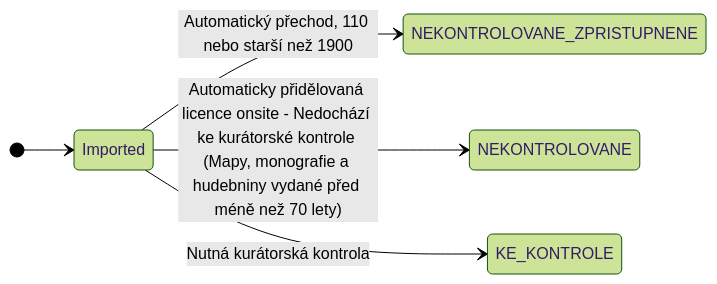
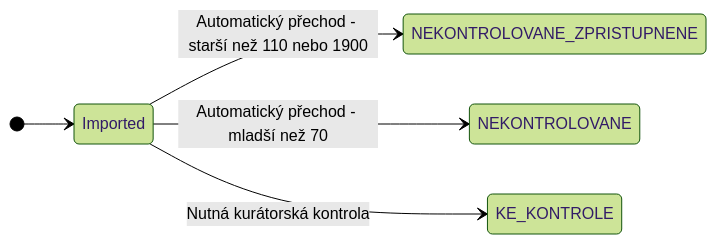
The diagram in README.md (ceskaexpedice/kapp), drawn with Mermaid (forest theme) before and after one commit.

````diff
--- a/README.md
+++ b/README.md
@@ -8,26 +8,26 @@
 ```mermaid
 stateDiagram-v2
     direction LR
 
     state Imported <<start>>
     state Konec <<end>>
 
     state NEKONTROLOVANÉ_ZPŘÍSTUPNĚNÉ : Automaticky přidělovaná licence public - Nedochází ke kurátorské kontrole (Monografie pred rokem 1900 a rocniky starsi nez 110 let)
     state NEKONTROLOVANÉ : Automaticky přidělovaná licence onsite - Nedochází ke kurátorské kontrole (Mapy, monografie a hudebniny vydané před méně než 70 lety)
     state KE_KONTROLE : Nutná kurátorská kontrola
 
     state KONTROLOVANÉ_VOLNÉ : Public (Volné AP)
     state KONTROLOVANÉ_NEVEŘEJNÉ : Private (Běží AP, s rozhodným rokem)
     state KONTROLOVANÉ_NEZNÁMÉ : Private (Neznámý stav AP)
     state KONTROLOVANÉ_NEZNÁMÉ_ZPŘÍSTUPNĚNÉ : Public (Neznámé AP, ale zpřístupněno)
     state KONTROLOVANÉ_NEVEŘEJNÉ_LICENCE : Public/Private (Neveřejné, ale s licencí)
     state KONTROLOVANÉ_BEZ_AP : Public (Dílo bez AP)
     state KONTROLOVANÉ_ZNEPŘÍSTUPNĚNÉ : Private (Znepřístupněno)
 
     %% Pocatecni prechody 
     [*] --> Imported
-    Imported --> NEKONTROLOVANE_ZPRISTUPNENE : Automatický přechod, 110 nebo starší než 1900 
-    Imported --> NEKONTROLOVANE : Automaticky přidělovaná licence onsite - Nedochází ke kurátorské kontrole (Mapy, monografie a hudebniny vydané před méně než 70 lety)
+    Imported --> NEKONTROLOVANE_ZPRISTUPNENE : Automatický přechod - starší než 110 nebo 1900 
+    Imported --> NEKONTROLOVANE : Automatický přechod - mladší než 70
     Imported --> KE_KONTROLE : Nutná kurátorská kontrola
 
 ```
````
